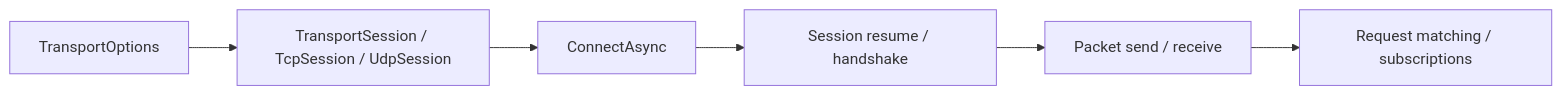
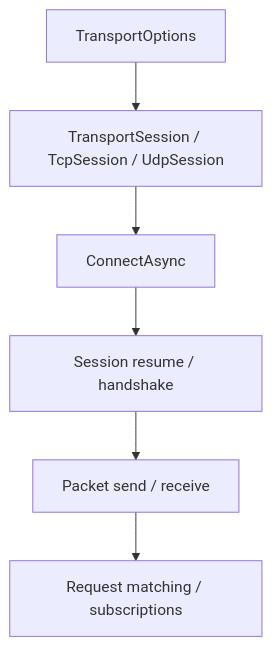
Before and after one commit to ppn-systems/Nalix: the diagram in docs/packages/nalix-sdk.md, drawn with Mermaid. The commit also changed other lines of this file and 69 other files, not shown here.

````diff
--- a/docs/packages/nalix-sdk.md
+++ b/docs/packages/nalix-sdk.md
@@ -10,8 +10,8 @@
 ```mermaid
-flowchart LR
+flowchart TD
     A["TransportOptions"] --> B["TransportSession / TcpSession / UdpSession"]
     B --> C["ConnectAsync"]
     C --> D["Session resume / handshake"]
     D --> E["Packet send / receive"]
     E --> F["Request matching / subscriptions"]
 ```
````
